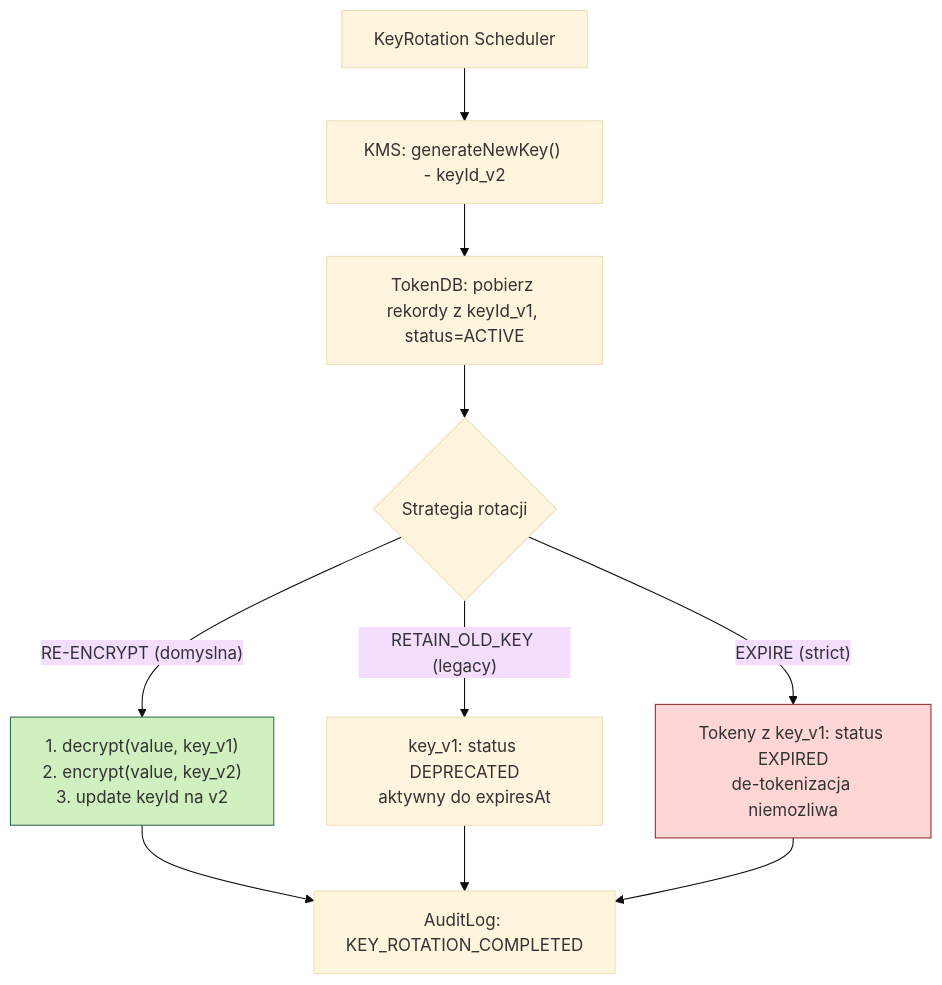
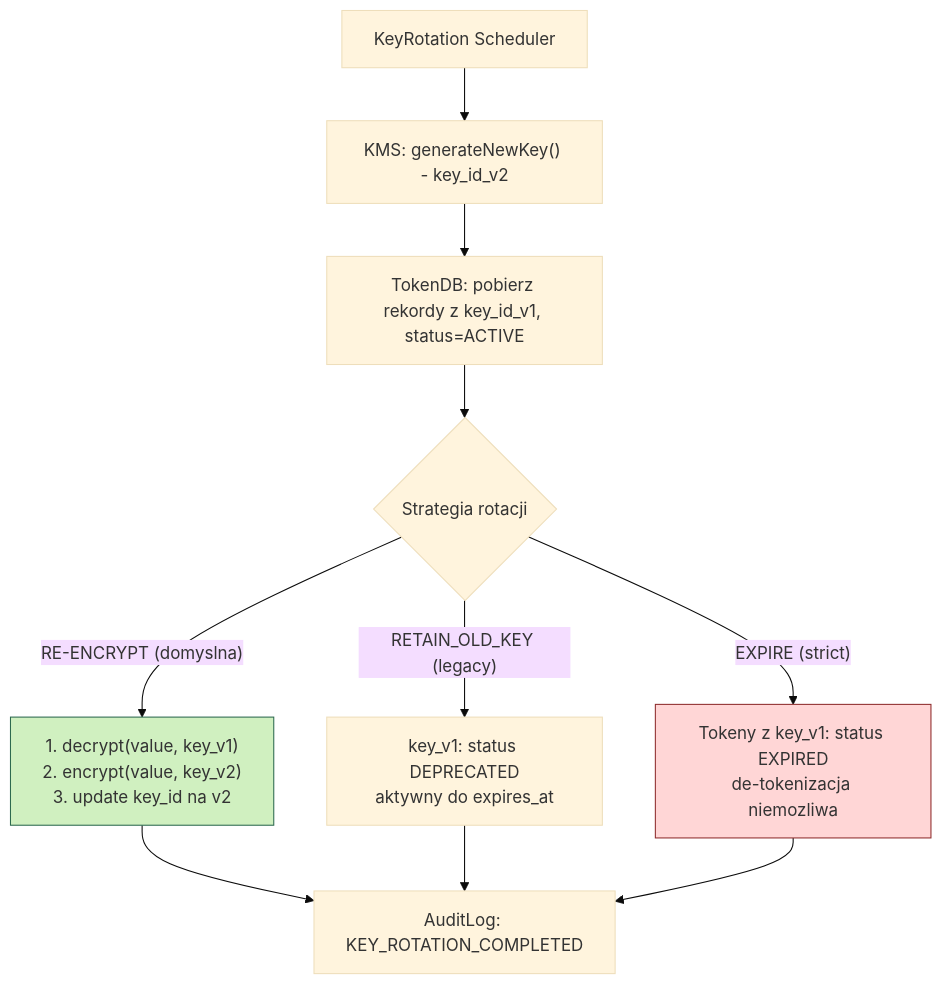
One commit to gniewekk/Privacy-Preserving-Context-Pipeline-for-LLMs-DP changed diagram 12 of 14 in ARCHITECTURE.md. Above: the diagram before and after it, drawn with Mermaid (base theme). The commit also changed other lines of this file and 30 other files, not shown here.

````diff
--- a/ARCHITECTURE.md
+++ b/ARCHITECTURE.md
@@ -636,15 +636,15 @@
 ```mermaid
 flowchart TD
     A["KeyRotation Scheduler"] --> B
-    B["KMS: generateNewKey() - keyId_v2"] --> C
-    C["TokenDB: pobierz rekordy z keyId_v1, status=ACTIVE"] --> D{Strategia rotacji}
-    D -->|"RE-ENCRYPT (domyslna)"| E["1. decrypt(value, key_v1)\n2. encrypt(value, key_v2)\n3. update keyId na v2"]
-    D -->|"RETAIN_OLD_KEY (legacy)"| F["key_v1: status DEPRECATED\naktywny do expiresAt"]
+    B["KMS: generateNewKey() - key_id_v2"] --> C
+    C["TokenDB: pobierz rekordy z key_id_v1, status=ACTIVE"] --> D{Strategia rotacji}
+    D -->|"RE-ENCRYPT (domyslna)"| E["1. decrypt(value, key_v1)\n2. encrypt(value, key_v2)\n3. update key_id na v2"]
+    D -->|"RETAIN_OLD_KEY (legacy)"| F["key_v1: status DEPRECATED\naktywny do expires_at"]
     D -->|"EXPIRE (strict)"| G["Tokeny z key_v1: status EXPIRED\nde-tokenizacja niemozliwa"]
     E --> H["AuditLog: KEY_ROTATION_COMPLETED"]
     F --> H
     G --> H
 
     style E fill:#d0f0c0,stroke:#2d6a4f
     style G fill:#ffd6d6,stroke:#8f2d2d
 ```
````
